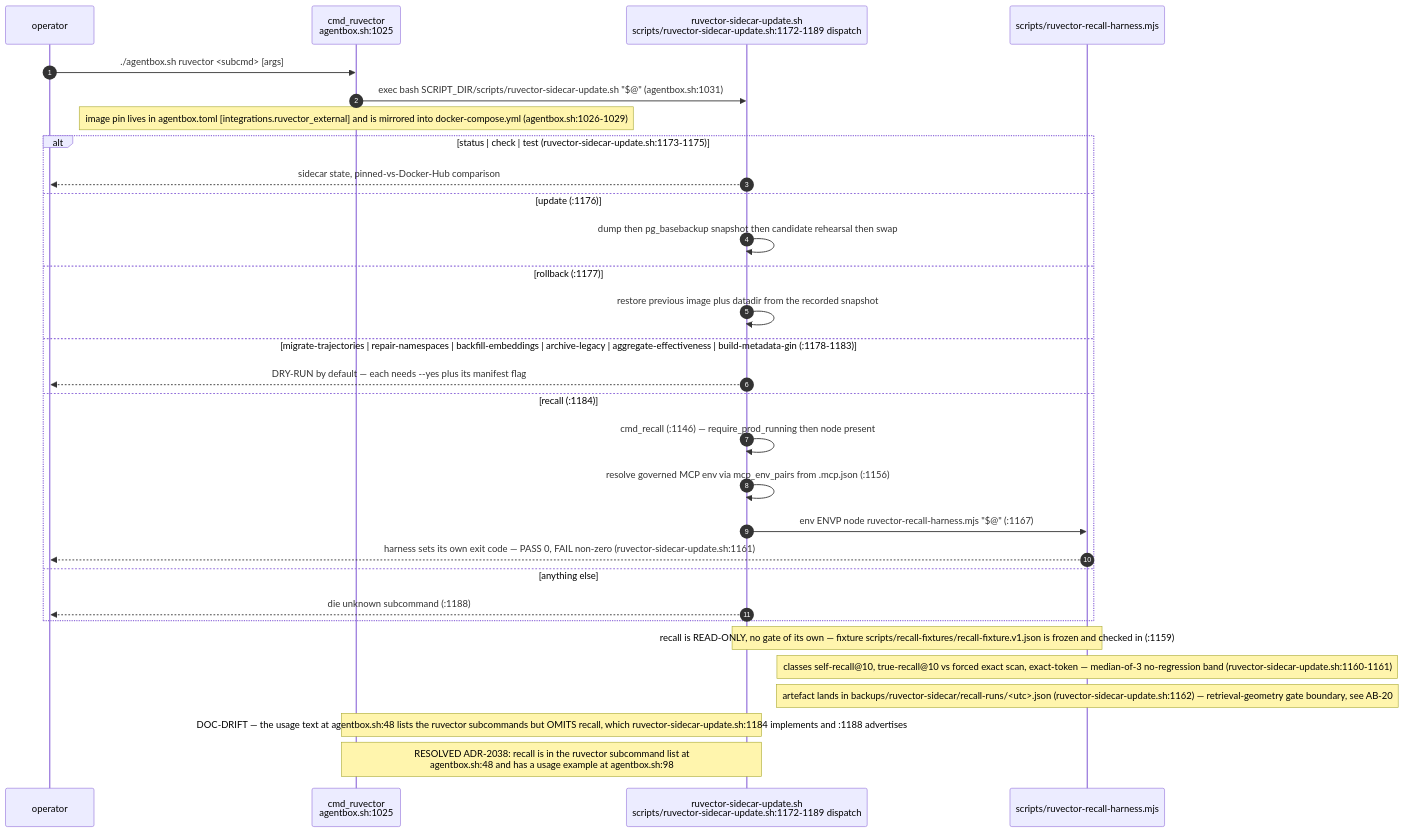
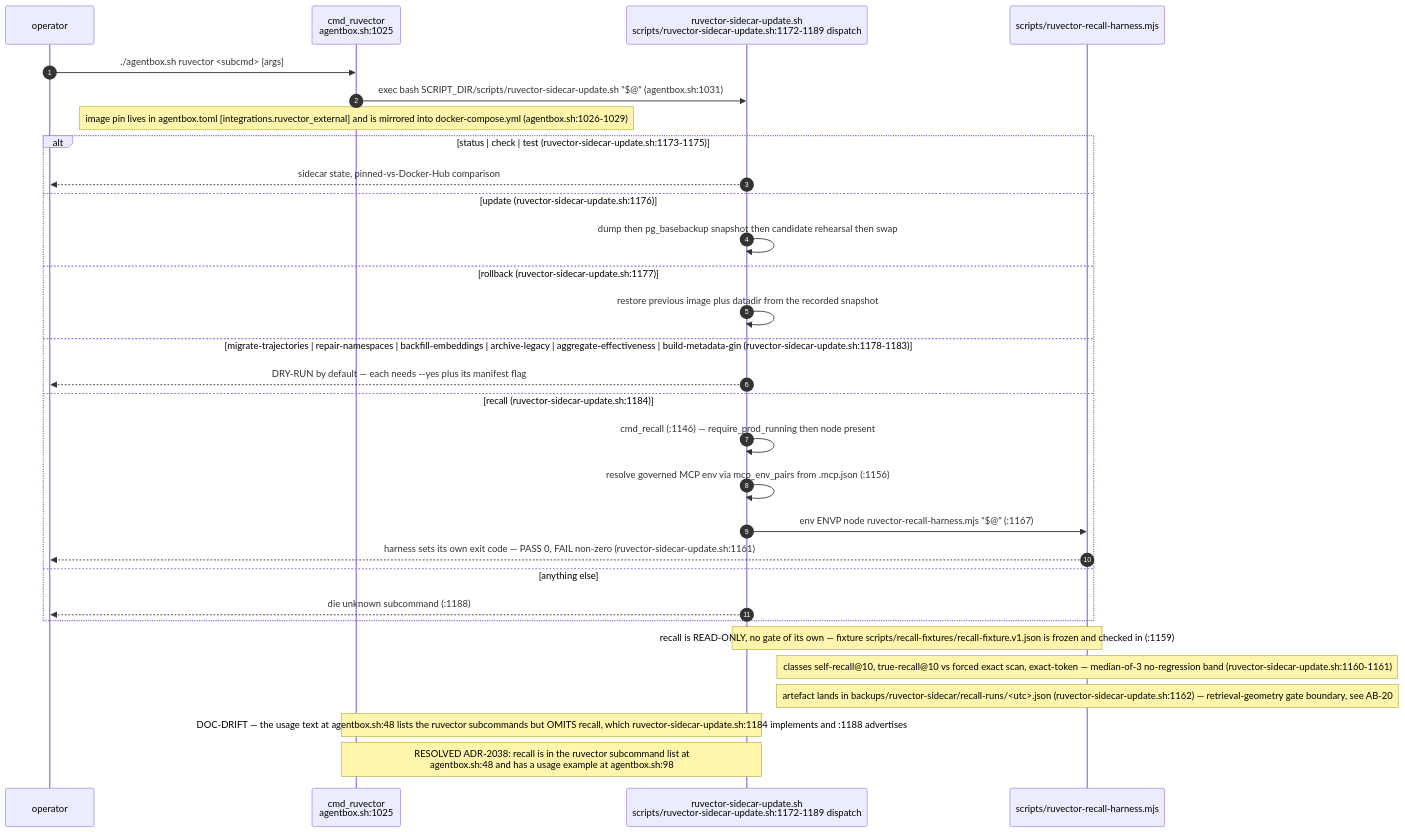
The sixth of 14 diagrams in docs/diagrams/agentbox/05-manifest-gates-and-cli.md (DreamLab-AI/VisionFlow), drawn with Mermaid before and after one commit. The commit also changed other lines of this file and 31 other files, not shown here.

````diff
--- a/docs/diagrams/agentbox/05-manifest-gates-and-cli.md
+++ b/docs/diagrams/agentbox/05-manifest-gates-and-cli.md
@@ -165,33 +168,33 @@
 ```mermaid
 sequenceDiagram
     autonumber
     participant OP as operator
     participant AB as cmd_ruvector<br/>agentbox.sh:1025
     participant SC as ruvector-sidecar-update.sh<br/>scripts/ruvector-sidecar-update.sh:1172-1189 dispatch
     participant H as scripts/ruvector-recall-harness.mjs
 
     OP->>AB: ./agentbox.sh ruvector <subcmd> [args]
     AB->>SC: exec bash SCRIPT_DIR/scripts/ruvector-sidecar-update.sh "$@" (agentbox.sh:1031)
     Note over AB: image pin lives in agentbox.toml [integrations.ruvector_external] and is mirrored into docker-compose.yml (agentbox.sh:1026-1029)
     alt status | check | test (ruvector-sidecar-update.sh:1173-1175)
         SC-->>OP: sidecar state, pinned-vs-Docker-Hub comparison
-    else update (:1176)
+    else update (ruvector-sidecar-update.sh:1176)
         SC->>SC: dump then pg_basebackup snapshot then candidate rehearsal then swap
-    else rollback (:1177)
+    else rollback (ruvector-sidecar-update.sh:1177)
         SC->>SC: restore previous image plus datadir from the recorded snapshot
-    else migrate-trajectories | repair-namespaces | backfill-embeddings | archive-legacy | aggregate-effectiveness | build-metadata-gin (:1178-1183)
+    else migrate-trajectories | repair-namespaces | backfill-embeddings | archive-legacy | aggregate-effectiveness | build-metadata-gin (ruvector-sidecar-update.sh:1178-1183)
         SC-->>OP: DRY-RUN by default — each needs --yes plus its manifest flag
-    else recall (:1184)
+    else recall (ruvector-sidecar-update.sh:1184)
         SC->>SC: cmd_recall (:1146) — require_prod_running then node present
         SC->>SC: resolve governed MCP env via mcp_env_pairs from .mcp.json (:1156)
         SC->>H: env ENVP node ruvector-recall-harness.mjs "$@" (:1167)
         H-->>OP: harness sets its own exit code — PASS 0, FAIL non-zero (ruvector-sidecar-update.sh:1161)
     else anything else
         SC-->>OP: die unknown subcommand (:1188)
     end
     Note over SC,H: recall is READ-ONLY, no gate of its own — fixture scripts/recall-fixtures/recall-fixture.v1.json is frozen and checked in (:1159)
     Note over H: classes self-recall@10, true-recall@10 vs forced exact scan, exact-token — median-of-3 no-regression band (ruvector-sidecar-update.sh:1160-1161)
     Note over H: artefact lands in backups/ruvector-sidecar/recall-runs/<utc>.json (ruvector-sidecar-update.sh:1162) — retrieval-geometry gate boundary, see AB-20
     Note over AB,SC: DOC-DRIFT — the usage text at agentbox.sh:48 lists the ruvector subcommands but OMITS recall, which ruvector-sidecar-update.sh:1184 implements and :1188 advertises
     Note over AB,SC: RESOLVED ADR-2038: recall is in the ruvector subcommand list at<br/>agentbox.sh:48 and has a usage example at agentbox.sh:98
 ```
````
